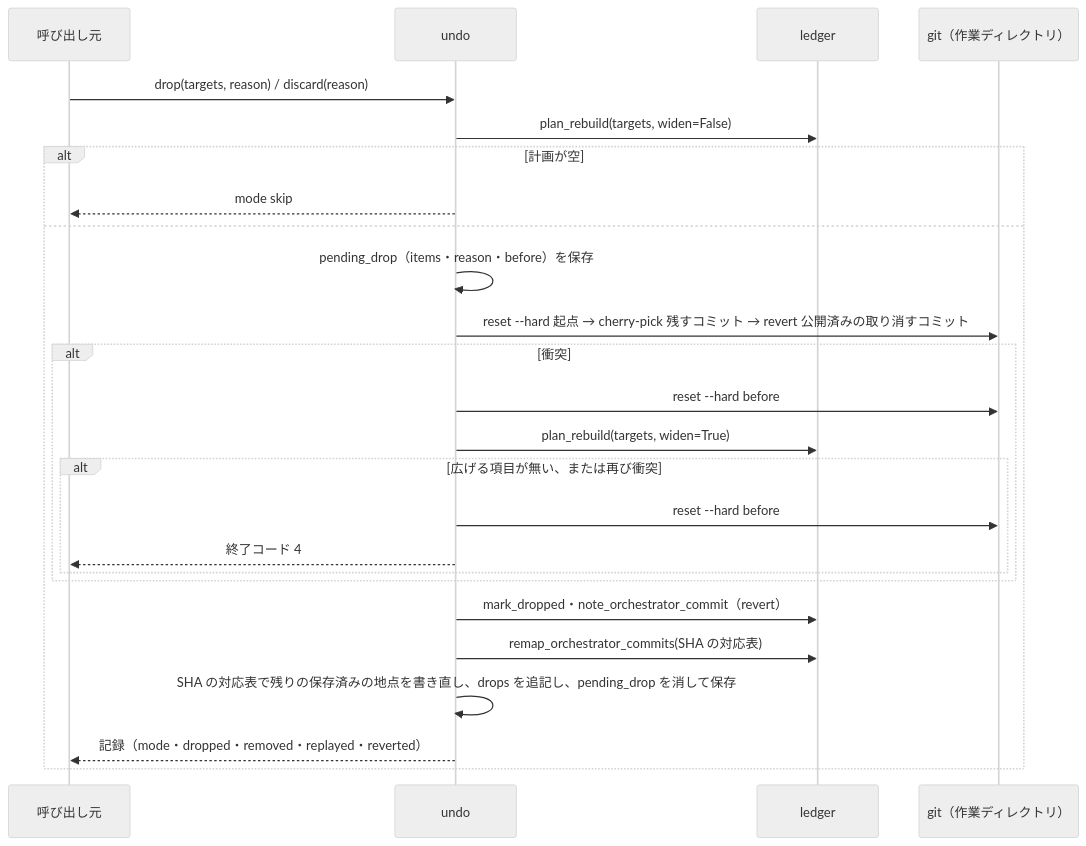
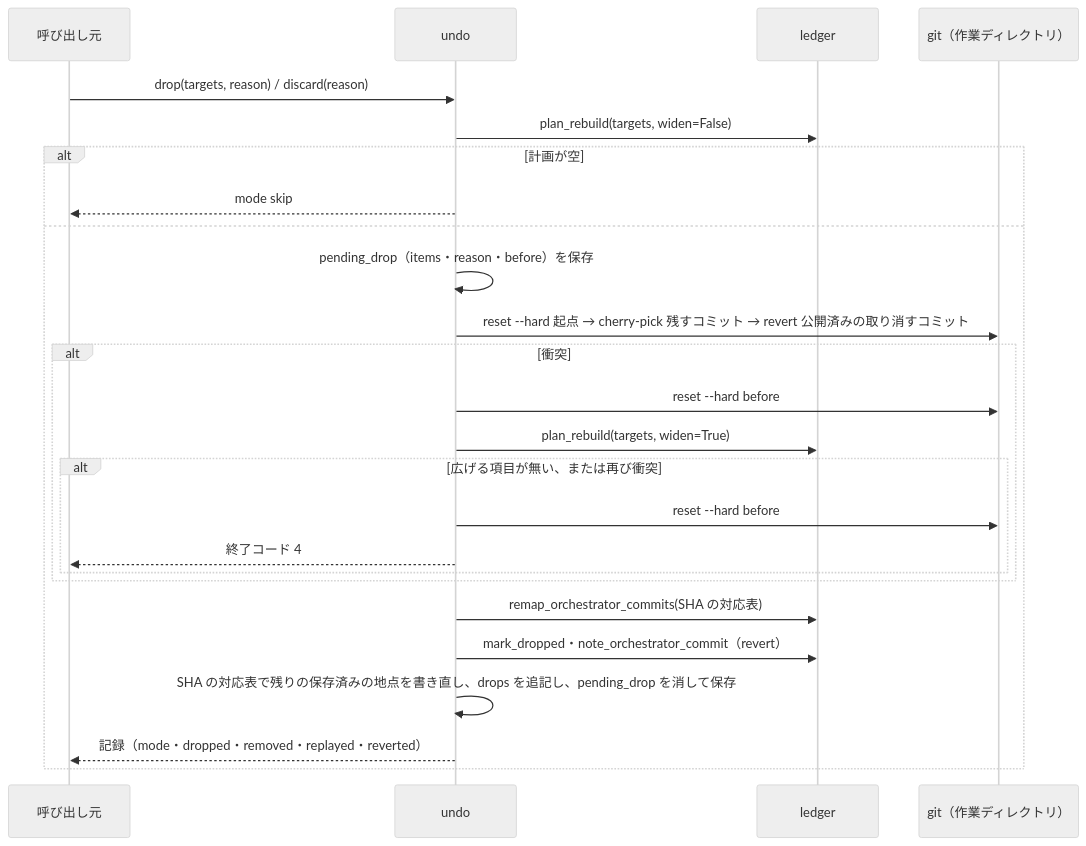
Before and after one commit to devbasex/ai-plugins: the fourth of 6 diagrams in issues/issue-1482-design.md, drawn with Mermaid (neutral theme). The commit also changed other lines of this file and 1 other file, not shown here.

Commit message:
docs(#1482): remap を revert の記録より先に呼び、要求の取り消しの判定を四分類へ揃える

````diff
--- a/issues/issue-1482-design.md
+++ b/issues/issue-1482-design.md
@@ -317,27 +317,27 @@
 ```mermaid
 sequenceDiagram
     participant C as 呼び出し元
     participant U as undo
     participant L as ledger
     participant G as git（作業ディレクトリ）
     C->>U: drop(targets, reason) / discard(reason)
     U->>L: plan_rebuild(targets, widen=False)
     alt 計画が空
         U-->>C: mode skip
     else
         U->>U: pending_drop（items・reason・before）を保存
         U->>G: reset --hard 起点 → cherry-pick 残すコミット → revert 公開済みの取り消すコミット
         alt 衝突
             U->>G: reset --hard before
             U->>L: plan_rebuild(targets, widen=True)
             alt 広げる項目が無い、または再び衝突
                 U->>G: reset --hard before
                 U-->>C: 終了コード 4
             end
         end
+        U->>L: remap_orchestrator_commits(SHA の対応表)
         U->>L: mark_dropped・note_orchestrator_commit（revert）
-        U->>L: remap_orchestrator_commits(SHA の対応表)
         U->>U: SHA の対応表で残りの保存済みの地点を書き直し、drops を追記し、pending_drop を消して保存
         U-->>C: 記録（mode・dropped・removed・replayed・reverted）
     end
 ```
````
